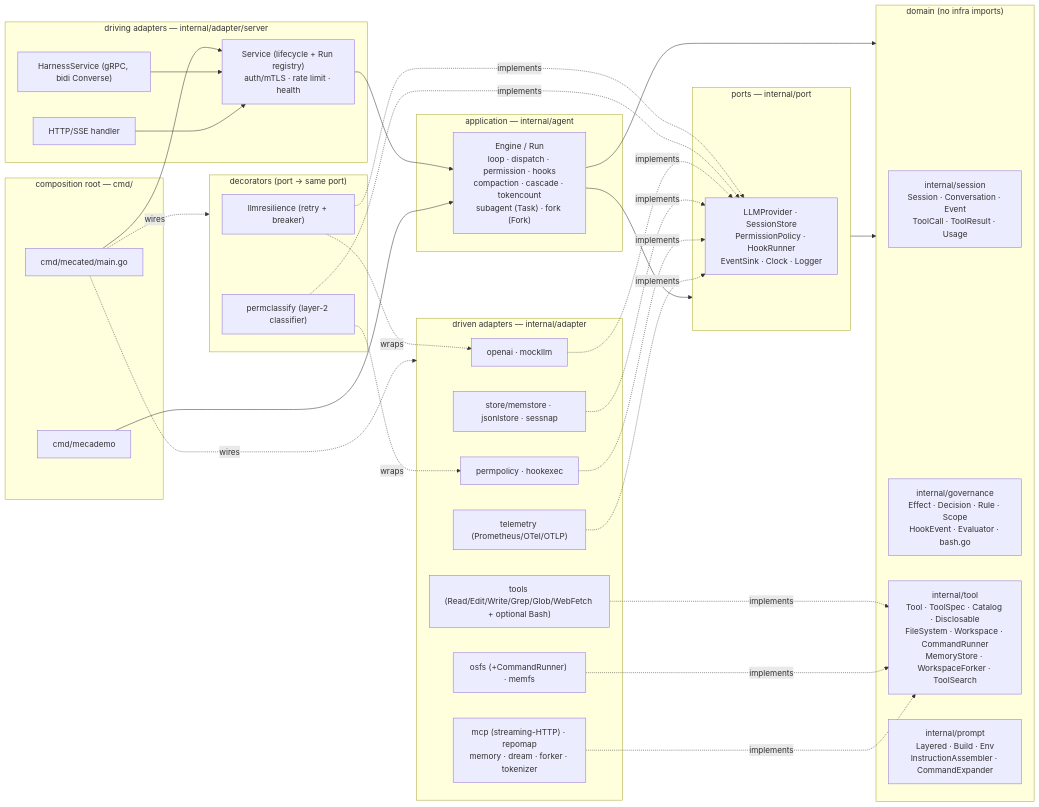
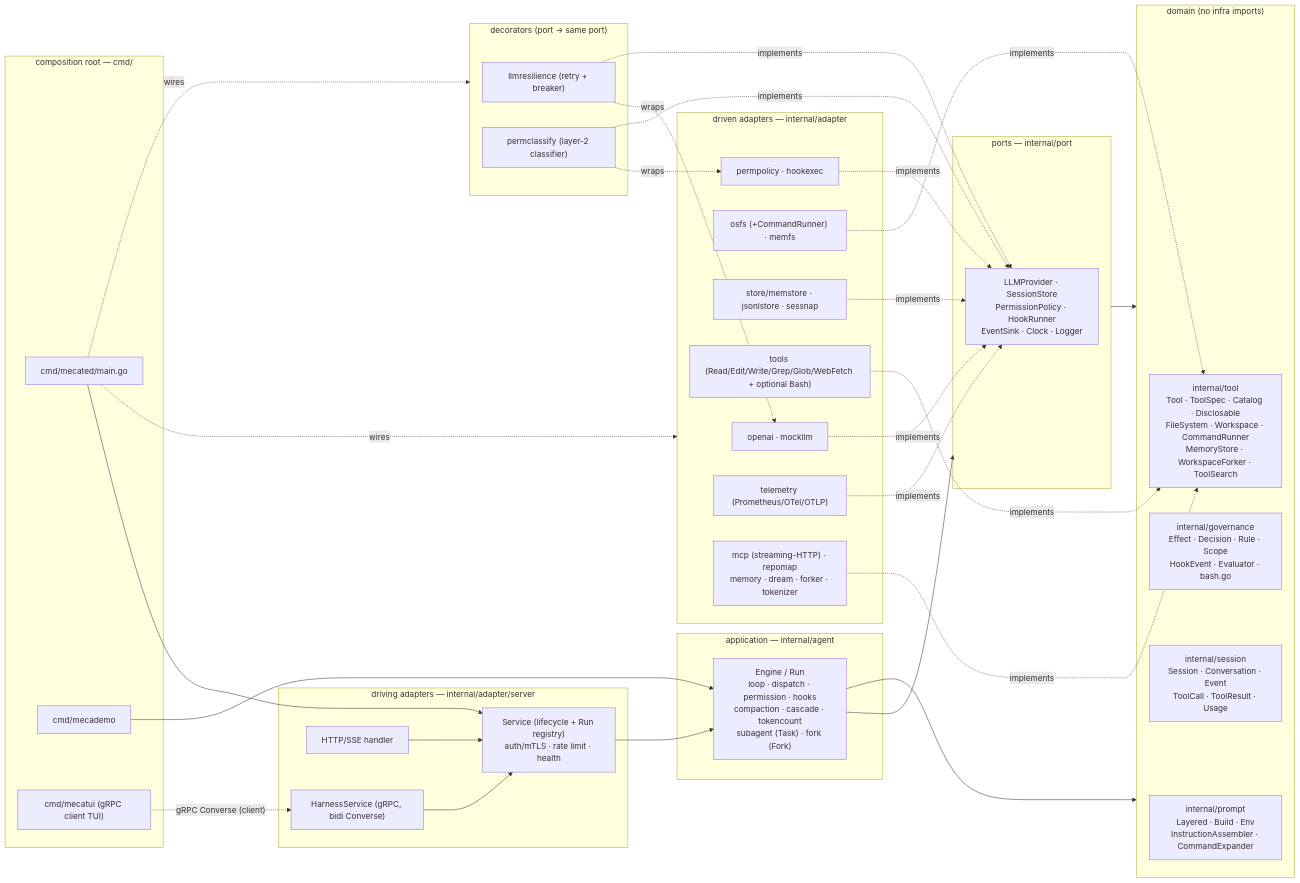
One commit to sabbanis/mecatl changed the first of 4 diagrams in docs/architecture.md. Above: the diagram before and after it, drawn with Mermaid. The commit also changed other lines of this file and 42 other files, not shown here.

First line of the commit message:
feat: add Skills (progressive disclosure) and the mecatui TUI client

````diff
--- a/docs/architecture.md
+++ b/docs/architecture.md
@@ -40,64 +40,66 @@
 ```mermaid
 flowchart LR
   subgraph CMD["composition root — cmd/"]
     mecated["cmd/mecated/main.go"]
     demo["cmd/mecademo"]
+    tui["cmd/mecatui (gRPC client TUI)"]
   end
 
   subgraph DRIVING["driving adapters — internal/adapter/server"]
     grpc["HarnessService (gRPC, bidi Converse)"]
     http["HTTP/SSE handler"]
     svc["Service (lifecycle + Run registry)\nauth/mTLS · rate limit · health"]
   end
 
   subgraph APP["application — internal/agent"]
     engine["Engine / Run\nloop · dispatch · permission · hooks\ncompaction · cascade · tokencount\nsubagent (Task) · fork (Fork)"]
   end
 
   subgraph PORTS["ports — internal/port"]
     p["LLMProvider · SessionStore\nPermissionPolicy · HookRunner\nEventSink · Clock · Logger"]
   end
 
   subgraph DOMAIN["domain (no infra imports)"]
     sess["internal/session\nSession · Conversation · Event\nToolCall · ToolResult · Usage"]
     gov["internal/governance\nEffect · Decision · Rule · Scope\nHookEvent · Evaluator · bash.go"]
     tl["internal/tool\nTool · ToolSpec · Catalog · Disclosable\nFileSystem · Workspace · CommandRunner\nMemoryStore · WorkspaceForker · ToolSearch"]
     pr["internal/prompt\nLayered · Build · Env\nInstructionAssembler · CommandExpander"]
   end
 
   subgraph DECOR["decorators (port → same port)"]
     res["llmresilience (retry + breaker)"]
     pc["permclassify (layer-2 classifier)"]
   end
 
   subgraph DRIVEN["driven adapters — internal/adapter"]
     oai["openai · mockllm"]
     fs["osfs (+CommandRunner) · memfs"]
     st["store/memstore · jsonlstore · sessnap"]
     tools["tools (Read/Edit/Write/Grep/Glob/WebFetch + optional Bash)"]
     pp["permpolicy · hookexec"]
     tel["telemetry (Prometheus/OTel/OTLP)"]
     ext["mcp (streaming-HTTP) · repomap\nmemory · dream · forker · tokenizer"]
   end
 
   mecated --> svc --> engine
   demo --> engine
+  tui -. "gRPC Converse (client)" .-> grpc
   grpc --> svc
   http --> svc
   engine --> PORTS
   engine --> DOMAIN
   PORTS --> DOMAIN
   res -.wraps.-> oai
   res -.implements.-> p
   pc -.wraps.-> pp
   pc -.implements.-> p
   oai -.implements.-> p
   st -.implements.-> p
   pp -.implements.-> p
   tel -.implements.-> p
   tools -.implements.-> tl
   fs -.implements.-> tl
   ext -.implements.-> tl
   mecated -. wires .-> DRIVEN
   mecated -. wires .-> DECOR
 ```
````
